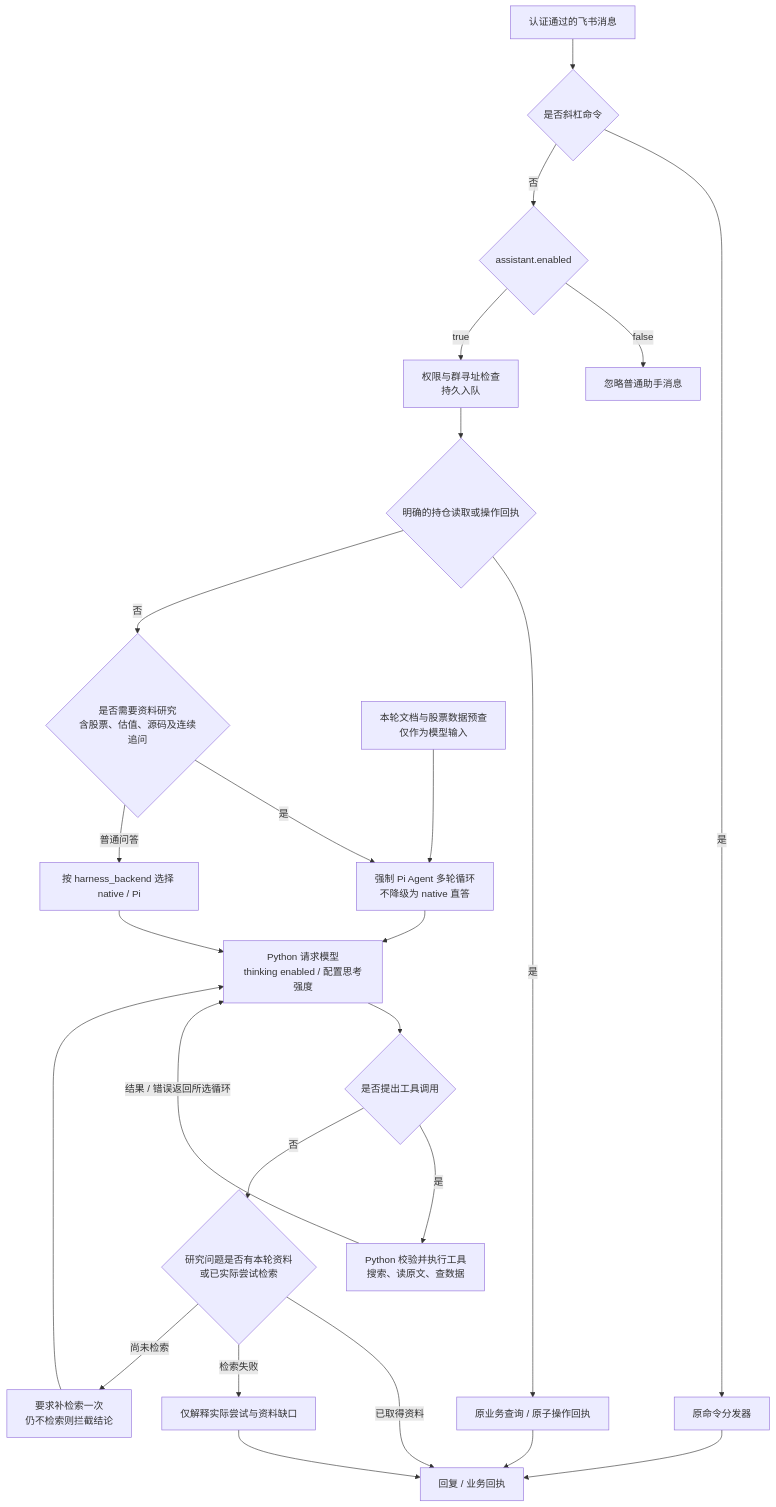
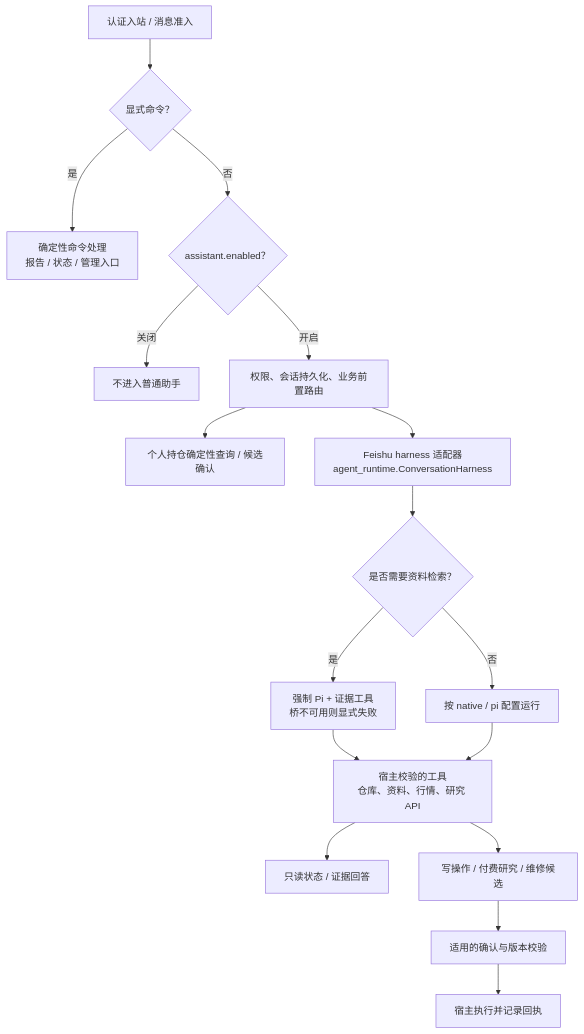
The third of 7 diagrams in docs/architecture_overview.md (Saltflow/trade_eyes_keeper), drawn with Mermaid before and after one commit. The commit also changed other lines of this file, not shown here.

Commit message:
docs: update architecture diagrams and production boundaries (20261103 架构总览)

````diff
--- a/docs/architecture_overview.md
+++ b/docs/architecture_overview.md
@@ -158,27 +117,19 @@
 ```mermaid
 flowchart TB
-    MSG["认证通过的飞书消息"] --> CMD{"是否斜杠命令"}
-    CMD -->|是| LEGACY["原命令分发器"]
-    LEGACY --> OUT["回复 / 业务回执"]
-    CMD -->|否| ENABLED{"assistant.enabled"}
-    ENABLED -->|false| IGNORE["忽略普通助手消息"]
-    ENABLED -->|true| ADMIT["权限与群寻址检查<br/>持久入队"]
-    ADMIT --> PERSONAL{"明确的持仓读取或操作回执"}
-    PERSONAL -->|是| RECEIPT["原业务查询 / 原子操作回执"]
-    RECEIPT --> OUT
-    PERSONAL -->|否| QUESTION{"是否需要资料研究<br/>含股票、估值、源码及连续追问"}
-    QUESTION -->|是| PI["强制 Pi Agent 多轮循环<br/>不降级为 native 直答"]
-    QUESTION -->|普通问答| BACKEND["按 harness_backend 选择 native / Pi"]
-    INPUT["本轮文档与股票数据预查<br/>仅作为模型输入"] --> PI
-    PI --> MODEL["Python 请求模型<br/>thinking enabled / 配置思考强度"]
-    BACKEND --> MODEL
-    MODEL --> DECIDE{"是否提出工具调用"}
-    DECIDE -->|是| TOOLS["Python 校验并执行工具<br/>搜索、读原文、查数据"]
-    TOOLS -->|结果 / 错误返回所选循环| MODEL
-    DECIDE -->|否| EVIDENCE{"研究问题是否有本轮资料<br/>或已实际尝试检索"}
-    EVIDENCE -->|已取得资料| OUT
-    EVIDENCE -->|检索失败| LIMITED["仅解释实际尝试与资料缺口"]
-    LIMITED --> OUT
-    EVIDENCE -->|尚未检索| REPAIR["要求补检索一次<br/>仍不检索则拦截结论"]
-    REPAIR --> MODEL
+    IN["认证入站 / 消息准入"] --> CMD{"显式命令？"}
+    CMD -->|是| COMMAND["确定性命令处理<br/>报告 / 状态 / 管理入口"]
+    CMD -->|否| ENABLE{"assistant.enabled？"}
+    ENABLE -->|关闭| STOP["不进入普通助手"]
+    ENABLE -->|开启| POLICY["权限、会话持久化、业务前置路由"]
+    POLICY --> PERSONAL["个人持仓确定性查询 / 候选确认"]
+    POLICY --> HARNESS["Feishu harness 适配器<br/>agent_runtime.ConversationHarness"]
+    HARNESS --> ROUTE{"是否需要资料检索？"}
+    ROUTE -->|是| PI["强制 Pi + 证据工具<br/>桥不可用则显式失败"]
+    ROUTE -->|否| BACKEND["按 native / pi 配置运行"]
+    PI --> TOOLS["宿主校验的工具<br/>仓库、资料、行情、研究 API"]
+    BACKEND --> TOOLS
+    TOOLS --> READ["只读状态 / 证据回答"]
+    TOOLS --> PROPOSAL["写操作 / 付费研究 / 维修候选"]
+    PROPOSAL --> CONFIRM["适用的确认与版本校验"]
+    CONFIRM --> EXEC["宿主执行并记录回执"]
 ```
````
